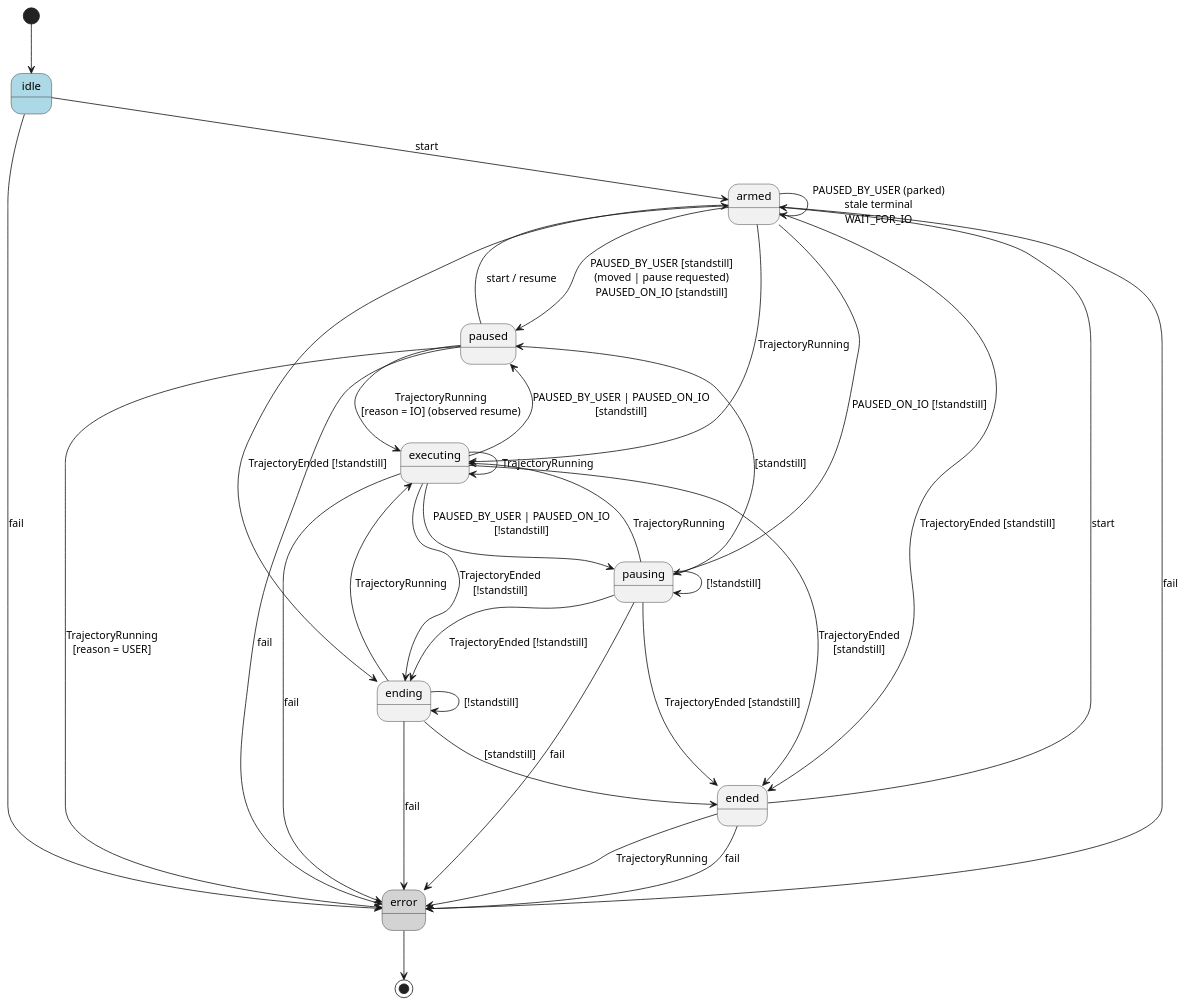
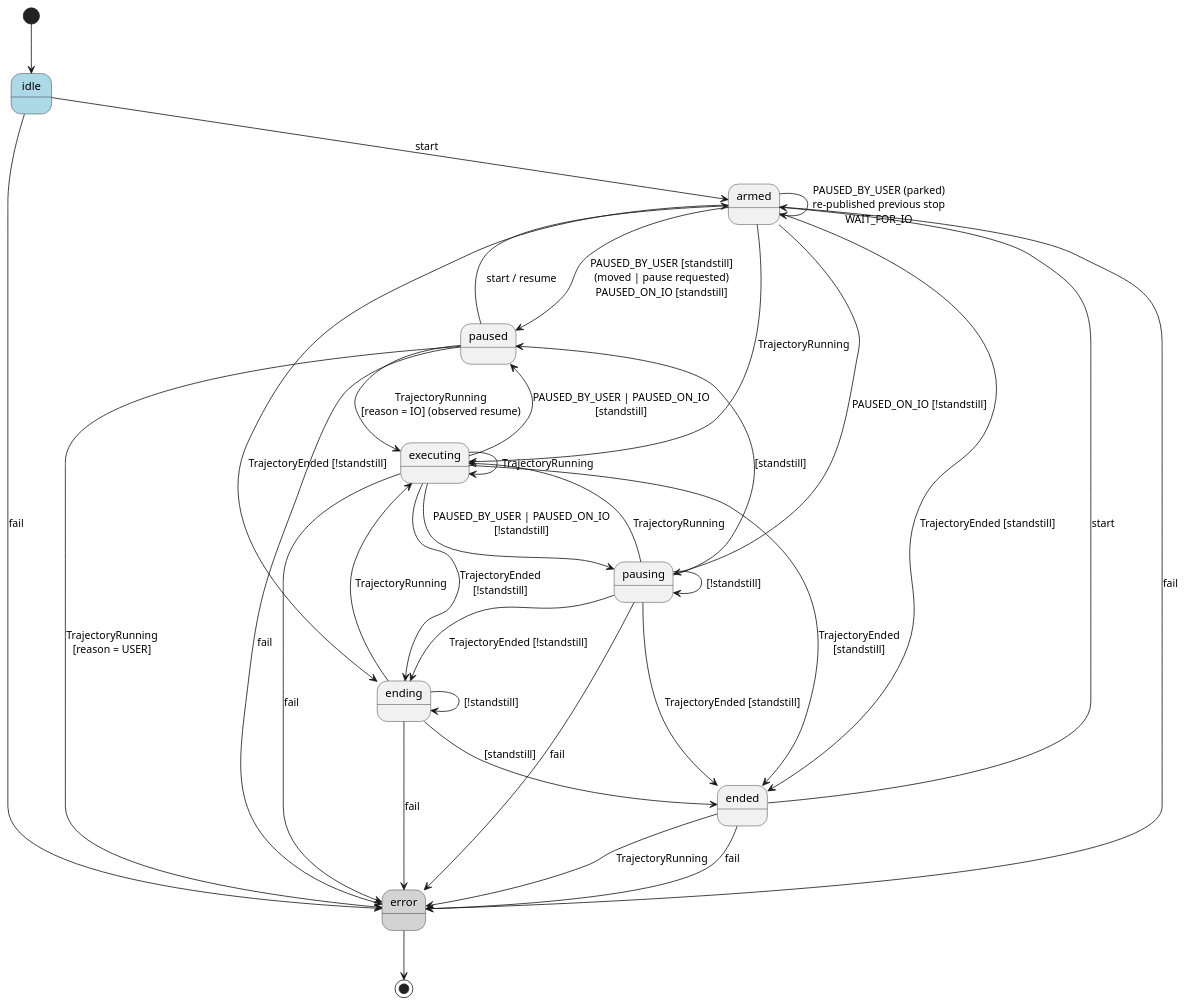
Before and after one commit to wandelbotsgmbh/wandelbots-nova: the first of 2 diagrams in nova/cell/movement_controller/README.md, drawn with PlantUML. The commit also changed other lines of this file and 5 other files, not shown here.

First line of the commit message:
refactor(cell): host #521's stale-terminal identity filter in the armed state

````diff
--- a/nova/cell/movement_controller/README.md
+++ b/nova/cell/movement_controller/README.md
@@ -139,55 +145,55 @@
 ```plantuml
 @startuml TrajectoryExecutionMachine
 skinparam state {
     BackgroundColor<<initial>> LightBlue
     BackgroundColor<<final>> LightGray
 }
 
 [*] --> idle
 
 state idle <<initial>>
 state error <<final>>
 
 idle --> armed : start
 paused --> armed : start / resume
 ended --> armed : start
 
-armed --> armed : PAUSED_BY_USER (parked)\nstale terminal\nWAIT_FOR_IO
+armed --> armed : PAUSED_BY_USER (parked)\nre-published previous stop\nWAIT_FOR_IO
 armed --> executing : TrajectoryRunning
 armed --> paused : PAUSED_BY_USER [standstill]\n(moved | pause requested)\nPAUSED_ON_IO [standstill]
 armed --> pausing : PAUSED_ON_IO [!standstill]
 armed --> ended : TrajectoryEnded [standstill]
 armed --> ending : TrajectoryEnded [!standstill]
 
 executing --> executing : TrajectoryRunning
 executing --> ended : TrajectoryEnded\n[standstill]
 executing --> ending : TrajectoryEnded\n[!standstill]
 executing --> paused : PAUSED_BY_USER | PAUSED_ON_IO\n[standstill]
 executing --> pausing : PAUSED_BY_USER | PAUSED_ON_IO\n[!standstill]
 
 ending --> ending : [!standstill]
 ending --> ended : [standstill]
 ending --> executing : TrajectoryRunning
 
 pausing --> pausing : [!standstill]
 pausing --> paused : [standstill]
 pausing --> executing : TrajectoryRunning
 pausing --> ended : TrajectoryEnded [standstill]
 pausing --> ending : TrajectoryEnded [!standstill]
 
 paused --> executing : TrajectoryRunning\n[reason = IO] (observed resume)
 paused --> error : TrajectoryRunning\n[reason = USER]
 ended --> error : TrajectoryRunning
 
 idle --> error : fail
 armed --> error : fail
 executing --> error : fail
 ending --> error : fail
 pausing --> error : fail
 paused --> error : fail
 ended --> error : fail
 
 error --> [*]
 
 @enduml
 ```
````
